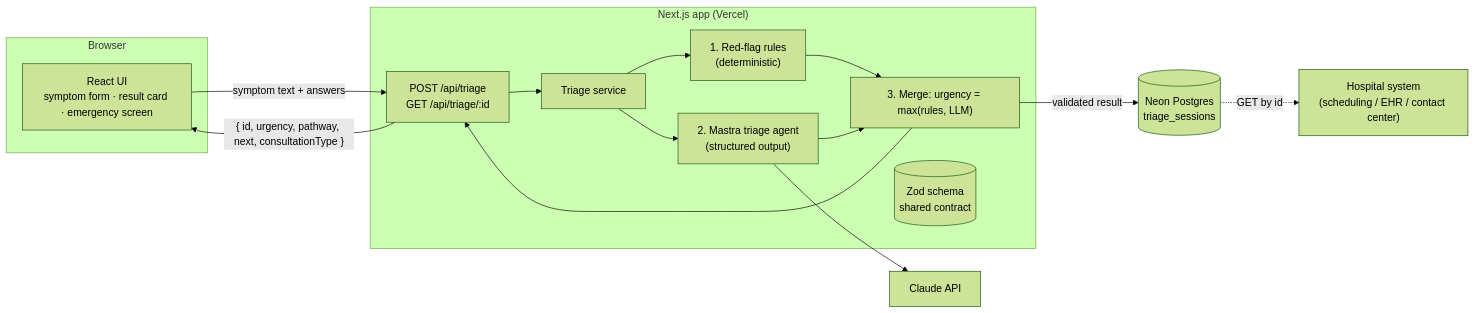
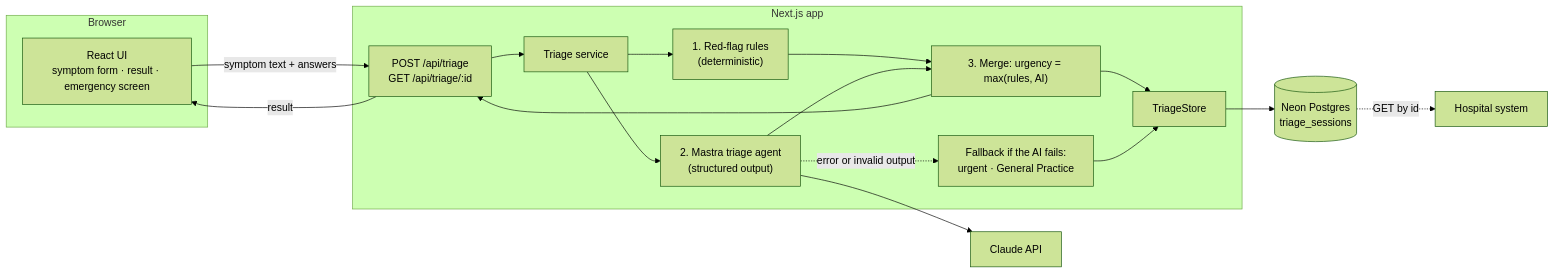
One commit to Tim-Smet/healthcare-triage changed the diagram in ARCHITECTURE.md. Above: the diagram before and after it, drawn with Mermaid (forest theme). The commit also changed other lines of this file and 1 other file, not shown here.

Commit message:
Update README and architecture docs

````diff
--- a/ARCHITECTURE.md
+++ b/ARCHITECTURE.md
@@ -3,27 +3,31 @@
 ```mermaid
 flowchart LR
   subgraph Browser
-    UI["React UI<br/>symptom form · result card · emergency screen"]
+    UI["React UI<br/>symptom form · result · emergency screen"]
   end
 
-  subgraph Next["Next.js app (Vercel)"]
+  subgraph Next["Next.js app"]
     API["POST /api/triage<br/>GET /api/triage/:id"]
     SVC["Triage service"]
     RULES["1. Red-flag rules<br/>(deterministic)"]
     AGENT["2. Mastra triage agent<br/>(structured output)"]
-    MERGE["3. Merge: urgency = max(rules, LLM)"]
-    ZOD[("Zod schema<br/>shared contract")]
+    MERGE["3. Merge: urgency = max(rules, AI)"]
+    FALLBACK["Fallback if the AI fails:<br/>urgent · General Practice"]
+    STORE["TriageStore"]
   end
 
   LLM["Claude API"]
   DB[("Neon Postgres<br/>triage_sessions")]
-  HOSP["Hospital system<br/>(scheduling / EHR / contact center)"]
+  HOSP["Hospital system"]
 
   UI -->|symptom text + answers| API
   API --> SVC --> RULES --> MERGE
   SVC --> AGENT --> LLM
   AGENT --> MERGE
-  MERGE -->|validated result| DB
-  MERGE --> API -->|"{ id, urgency, pathway, next, consultationType }"| UI
+  AGENT -.->|error or invalid output| FALLBACK
+  MERGE --> STORE
+  FALLBACK --> STORE
+  STORE --> DB
+  MERGE --> API -->|result| UI
   DB -.->|GET by id| HOSP
 ```
````
